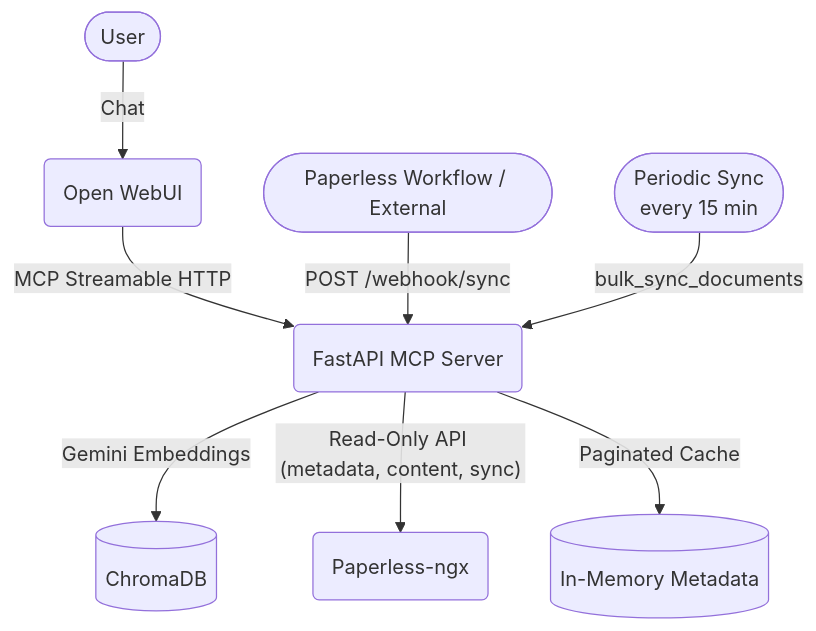
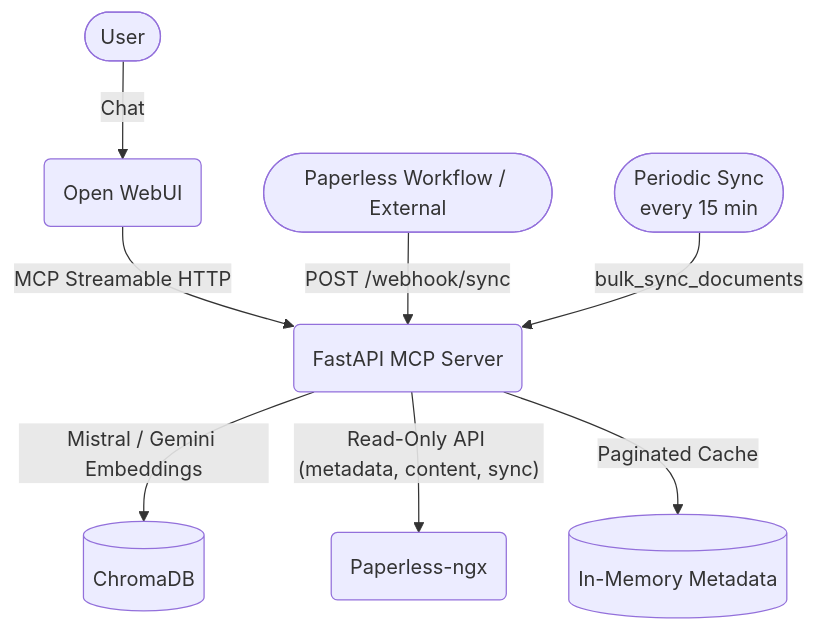
Before and after one commit to hensing/searchless-ngx: the diagram in README.md, drawn with Mermaid. The commit also changed other lines of this file and 12 other files, not shown here.

````diff
--- a/README.md
+++ b/README.md
@@ -40,11 +40,11 @@
 ```mermaid
 graph TD
     User([User]) -->|Chat| OWUI(Open WebUI)
     OWUI -->|MCP Streamable HTTP| MCP(FastAPI MCP Server)
-    MCP -->|Gemini Embeddings| Chroma[(ChromaDB)]
+    MCP -->|Mistral / Gemini Embeddings| Chroma[(ChromaDB)]
     MCP -->|"Read-Only API (metadata, content, sync)"| Paperless(Paperless-ngx)
     MCP -->|Paginated Cache| Cache[(In-Memory Metadata)]
 
     External([Paperless Workflow / External]) -->|POST /webhook/sync| MCP
     Timer([Periodic Sync\nevery 15 min]) -->|bulk_sync_documents| MCP
 ```
````
